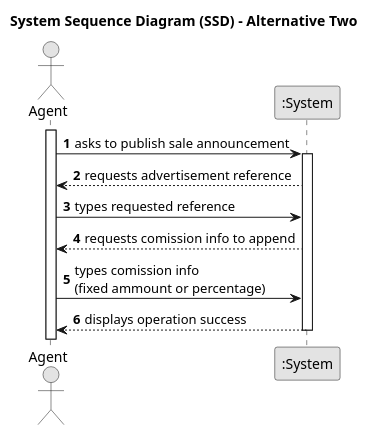
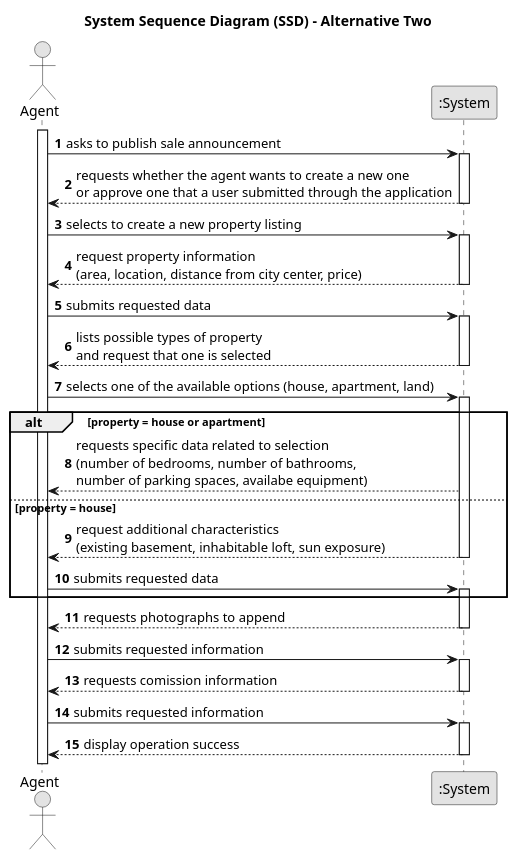
The diagram in docs/sprintA/us002/01.requirements-engineering/puml/us002-system-sequence-diagram-alternative-two.puml (PEDROMOREIRA45/lei-23-s2-1dg-g31), drawn with PlantUML before and after one commit. The commit also changed other lines of this file and 10 other files, not shown here.

```diff
--- a/docs/sprintA/us002/01.requirements-engineering/puml/us002-system-sequence-diagram-alternative-two.puml
+++ b/docs/sprintA/us002/01.requirements-engineering/puml/us002-system-sequence-diagram-alternative-two.puml
@@ -1,29 +1,54 @@
 @startuml
 skinparam monochrome true
 skinparam packageStyle rectangle
 skinparam shadowing false
 
 title System Sequence Diagram (SSD) - Alternative Two
 
 autonumber
 
 actor "Agent" as Agent
 participant ":System" as System
 
 activate Agent
 
     Agent -> System : asks to publish sale announcement
     activate System 
+        System --> Agent : requests whether the agent wants to create a new one\nor approve one that a user submitted through the application
+    deactivate System
 
-        System --> Agent : requests advertisement reference
+    Agent -> System : selects to create a new property listing
+    activate System 
+        System --> Agent : request property information\n(area, location, distance from city center, price)
+    deactivate System
+    
+    Agent -> System : submits requested data
+    activate System 
+        System --> Agent : lists possible types of property\nand request that one is selected
+    deactivate System
+    
+    Agent -> System : selects one of the available options (house, apartment, land)
+    alt property = house or apartment
+    activate System 
+        System --> Agent : requests specific data related to selection\n(number of bedrooms, number of bathrooms,\nnumber of parking spaces, availabe equipment)
+    else property = house
+        System --> Agent : request additional characteristics\n(existing basement, inhabitable loft, sun exposure)
+    deactivate System
 
-        Agent -> System : types requested reference
+    Agent -> System : submits requested data
+    activate System 
+    end
+        System --> Agent : requests photographs to append
+    deactivate System
 
-        System --> Agent : requests comission info to append
+    Agent -> System : submits requested information
+    activate System 
+        System --> Agent : requests comission information
+    deactivate System
 
-        Agent -> System : types comission info\n(fixed ammount or percentage)
-
-        System --> Agent : displays operation success
+    Agent -> System : submits requested information
+    activate System 
+        System --> Agent : display operation success
     deactivate System
 
 @enduml
```
